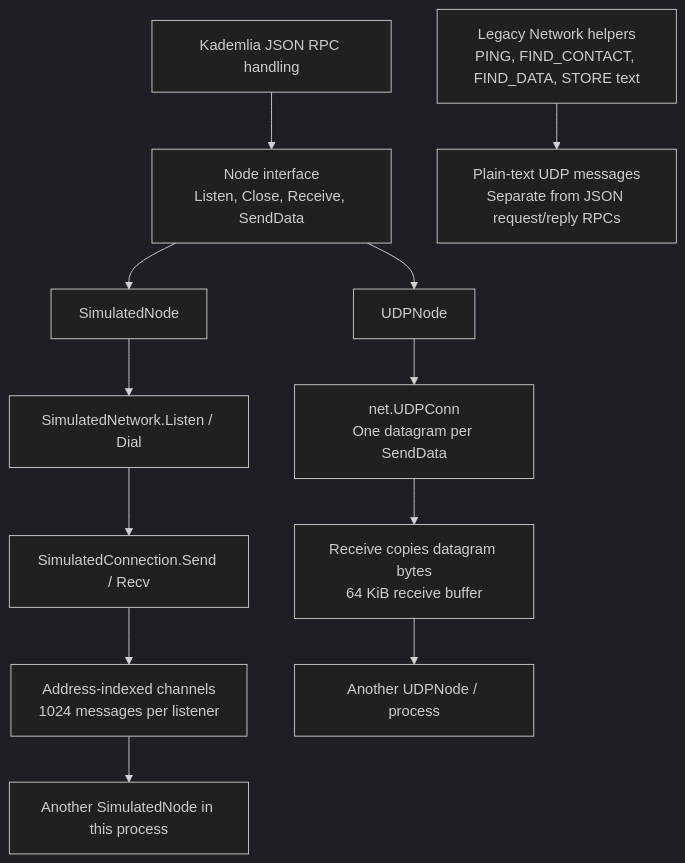
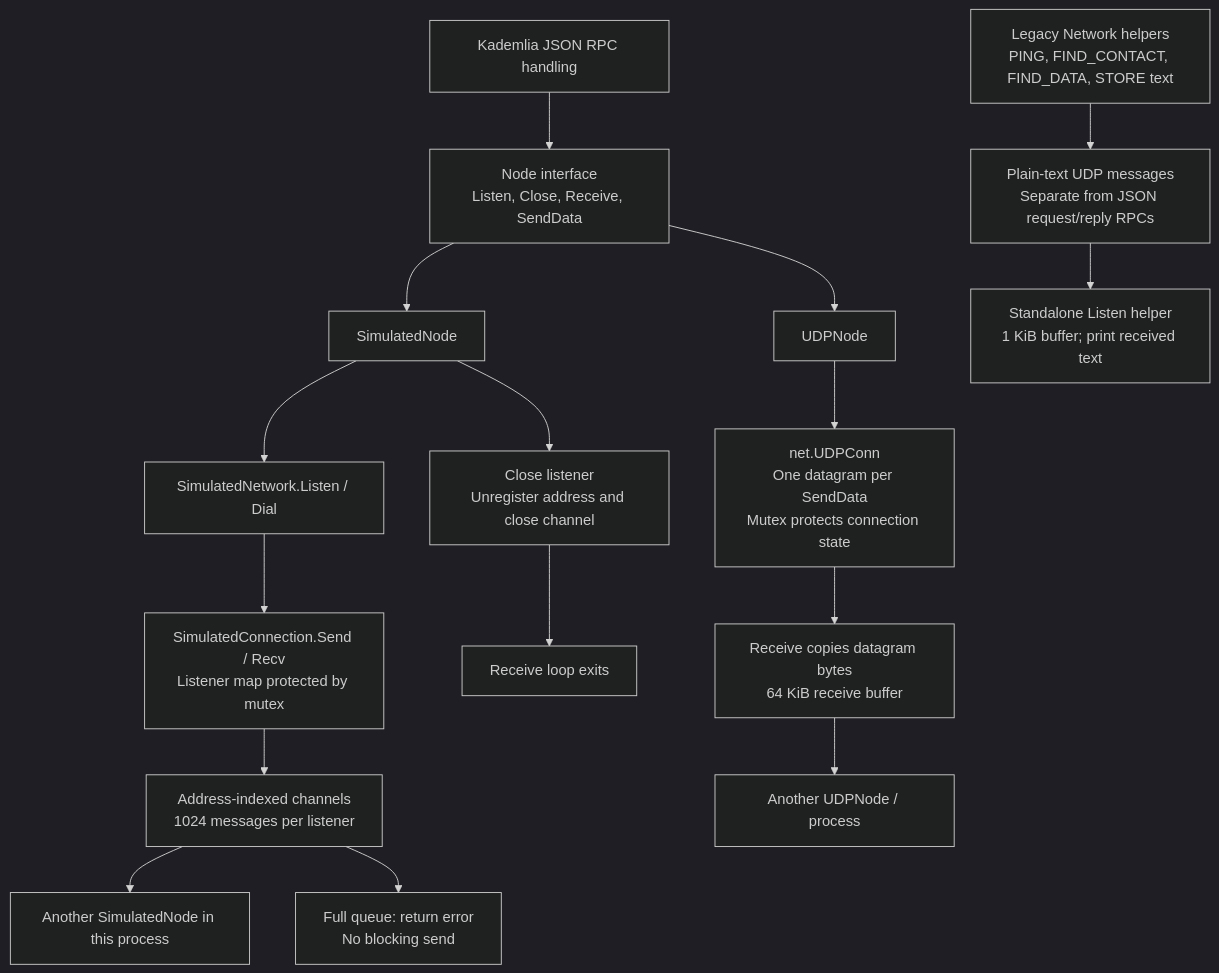
The tenth of 17 diagrams in labs/ARCHITECTURE.md (mohraj-0/Mobil-and-distributed-D7024E), drawn with Mermaid (dark theme) before and after one commit. The commit also changed other lines of this file, not shown here.

````diff
--- a/labs/ARCHITECTURE.md
+++ b/labs/ARCHITECTURE.md
@@ -237,14 +282,18 @@
 ```mermaid
 flowchart TD
     K["Kademlia JSON RPC handling"] --> API["Node interface<br/>Listen, Close, Receive, SendData"]
     API --> SIM["SimulatedNode"]
     API --> UDP["UDPNode"]
     SIM --> DIAL["SimulatedNetwork.Listen / Dial"]
-    DIAL --> CONN["SimulatedConnection.Send / Recv"]
+    DIAL --> CONN["SimulatedConnection.Send / Recv<br/>Listener map protected by mutex"]
     CONN --> QUEUE["Address-indexed channels<br/>1024 messages per listener"]
     QUEUE --> PEER["Another SimulatedNode in this process"]
-    UDP --> SOCKET["net.UDPConn<br/>One datagram per SendData"]
+    QUEUE --> FULL["Full queue: return error<br/>No blocking send"]
+    SIM --> CLOSE["Close listener<br/>Unregister address and close channel"]
+    CLOSE --> STOP["Receive loop exits"]
+    UDP --> SOCKET["net.UDPConn<br/>One datagram per SendData<br/>Mutex protects connection state"]
     SOCKET --> RECEIVE["Receive copies datagram bytes<br/>64 KiB receive buffer"]
     RECEIVE --> REMOTE["Another UDPNode / process"]
     LEGACY["Legacy Network helpers<br/>PING, FIND_CONTACT, FIND_DATA, STORE text"] --> TEXT["Plain-text UDP messages<br/>Separate from JSON request/reply RPCs"]
+    TEXT --> PRINT["Standalone Listen helper<br/>1 KiB buffer; print received text"]
 ```
````
